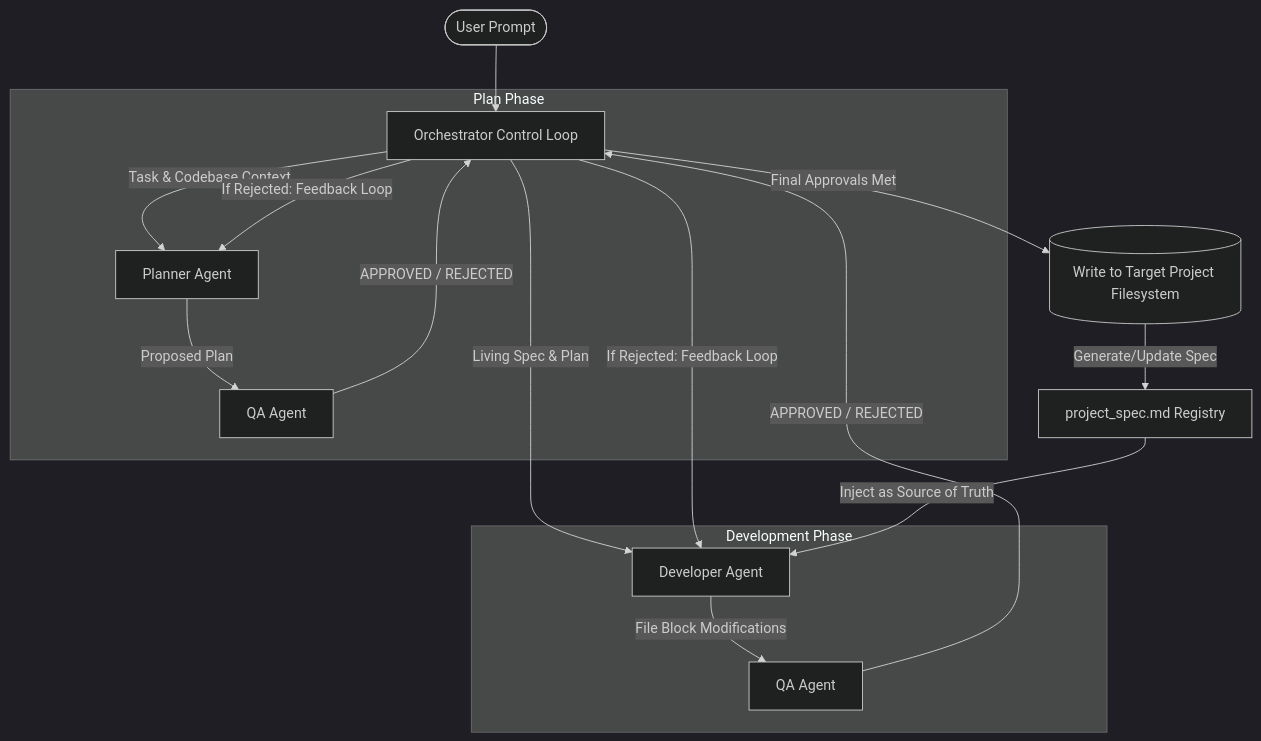
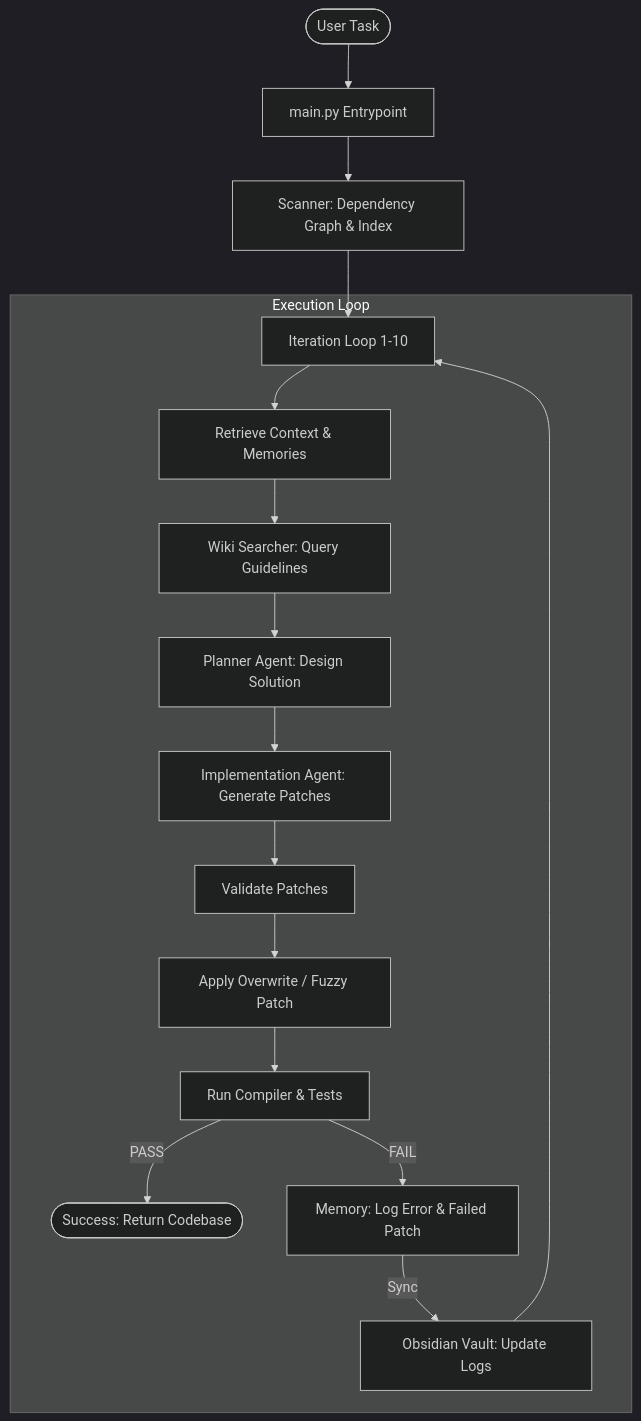
Before and after one commit to Radip97/Local-LLM-Multi-Agent-Code-Orchestrator: the diagram in README.md, drawn with Mermaid (dark theme). The commit also changed other lines of this file and 55 other files, not shown here.

Commit message:
Refactor orchestrator: Add Obsidian Vault Sync, LLM Wiki RAG query, fuzzy regex patches, and path safety normalizer

````diff
--- a/README.md
+++ b/README.md
@@ -13,22 +9,21 @@
 ```mermaid
 graph TD
-    User([User Prompt]) --> Orchestrator[Orchestrator Control Loop]
+    User([User Task]) --> Main[main.py Entrypoint]
+    Main --> Scanner[Scanner: Dependency Graph & Index]
+    Scanner --> Loop[Iteration Loop 1-10]
     
-    subgraph Plan Phase
-        Orchestrator -->|Task & Codebase Context| Planner[Planner Agent]
-        Planner -->|Proposed Plan| QA_Plan[QA Agent]
-        QA_Plan -->|APPROVED / REJECTED| Orchestrator
-        Orchestrator -->|If Rejected: Feedback Loop| Planner
+    subgraph Execution Loop
+        Loop --> Retriever[Retrieve Context & Memories]
+        Retriever --> Wiki[Wiki Searcher: Query Guidelines]
+        Wiki --> Planner[Planner Agent: Design Solution]
+        Planner --> Coder[Implementation Agent: Generate Patches]
+        Coder --> Validator[Validate Patches]
+        Validator --> Apply[Apply Overwrite / Fuzzy Patch]
+        Apply --> Runner[Run Compiler & Tests]
+        
+        Runner -->|PASS| Done([Success: Return Codebase])
+        Runner -->|FAIL| Memory[Memory: Log Error & Failed Patch]
+        Memory -->|Sync| Obsidian[Obsidian Vault: Update Logs]
+        Obsidian --> Loop
     end
-
-    subgraph Development Phase
-        Orchestrator -->|Living Spec & Plan| Developer[Developer Agent]
-        Developer -->|File Block Modifications| QA_Code[QA Agent]
-        QA_Code -->|APPROVED / REJECTED| Orchestrator
-        Orchestrator -->|If Rejected: Feedback Loop| Developer
-    end
-    
-    Orchestrator -->|Final Approvals Met| DiskWrite[(Write to Target Project Filesystem)]
-    DiskWrite -->|Generate/Update Spec| ProjectSpec[project_spec.md Registry]
-    ProjectSpec -->|Inject as Source of Truth| Developer
 ```
````
